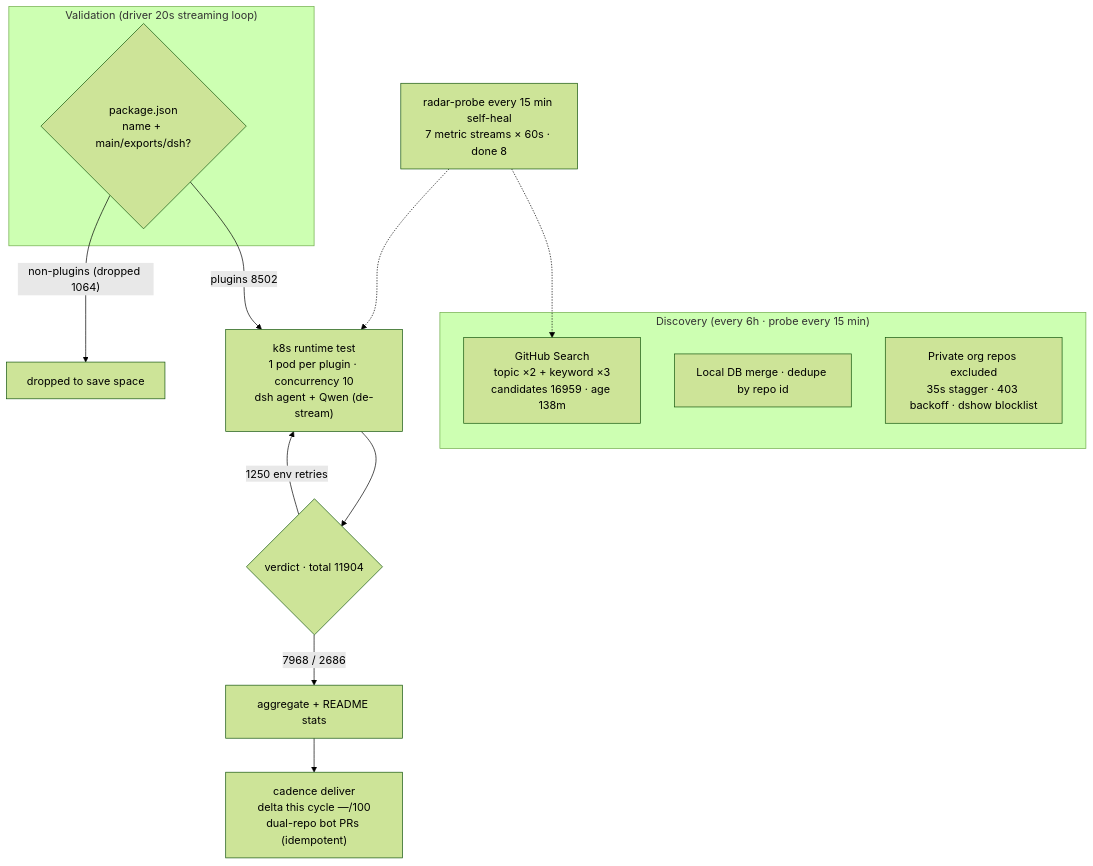
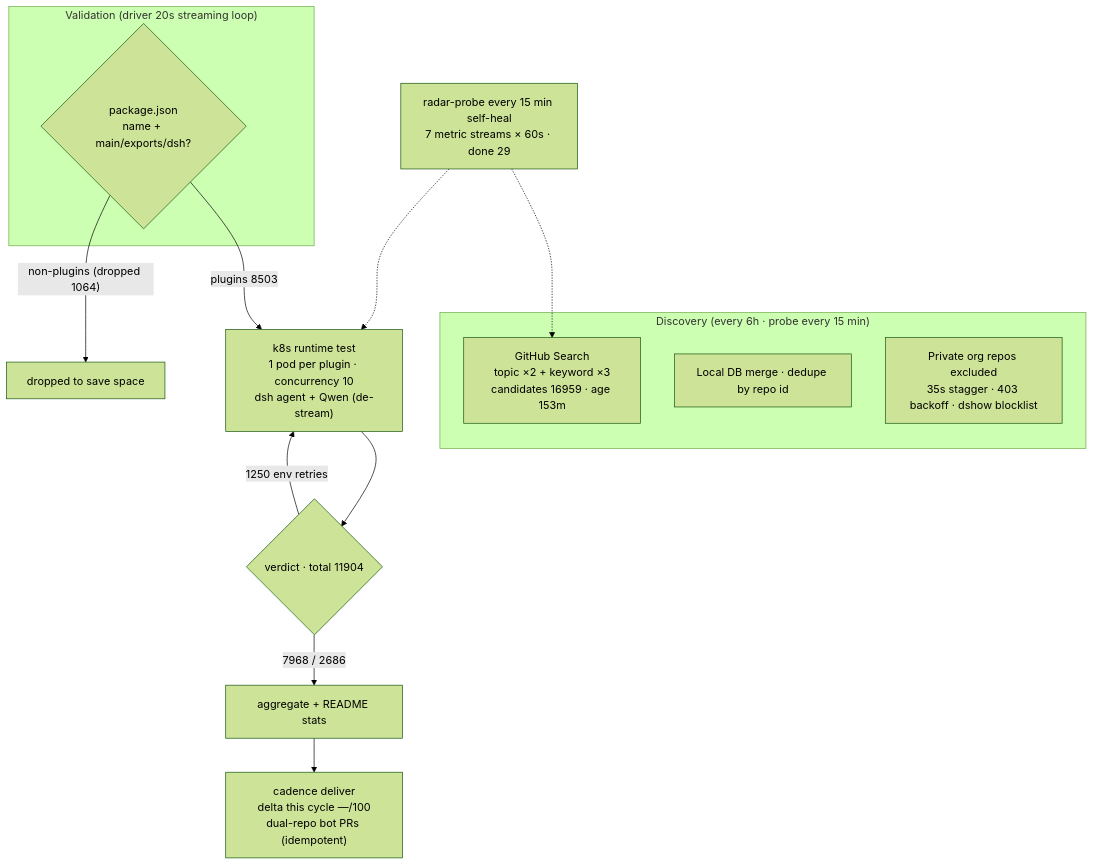
The diagram in README.en-US.md (AdamPlatin123/awesome-dsh-plugins), drawn with Mermaid (forest theme) before and after one commit. The commit also changed other lines of this file and 5 other files, not shown here.

````diff
--- a/README.en-US.md
+++ b/README.en-US.md
@@ -45,20 +45,20 @@
 ```mermaid
 flowchart TB
     subgraph Discovery["Discovery (every 6h · probe every 15 min)"]
-        A1["GitHub Search<br/>topic ×2 + keyword ×3<br/>candidates 16959 · age 138m"]
+        A1["GitHub Search<br/>topic ×2 + keyword ×3<br/>candidates 16959 · age 153m"]
         A2["Local DB merge · dedupe by repo id"]
         A3["Private org repos excluded<br/>35s stagger · 403 backoff · dshow blocklist"]
     end
     subgraph Validation["Validation (driver 20s streaming loop)"]
         B1{"package.json<br/>name + main/exports/dsh?"}
     end
-    B1 -->|"plugins 8502"| C1["k8s runtime test<br/>1 pod per plugin · concurrency 10<br/>dsh agent + Qwen (de-stream)"]
+    B1 -->|"plugins 8503"| C1["k8s runtime test<br/>1 pod per plugin · concurrency 10<br/>dsh agent + Qwen (de-stream)"]
     B1 -->|"non-plugins (dropped 1064)"| B3["dropped to save space"]
     C1 --> D1{"verdict · total 11904"}
     D1 -->|"7968 / 2686"| E1["aggregate + README stats"]
     D1 -->|"1250 env retries"| C1
     E1 --> E2["cadence deliver<br/>delta this cycle —/100<br/>dual-repo bot PRs (idempotent)"]
-    M["radar-probe every 15 min self-heal<br/>7 metric streams × 60s · done 8"]
+    M["radar-probe every 15 min self-heal<br/>7 metric streams × 60s · done 29"]
     M -.-> A1
     M -.-> C1
 ```
````
